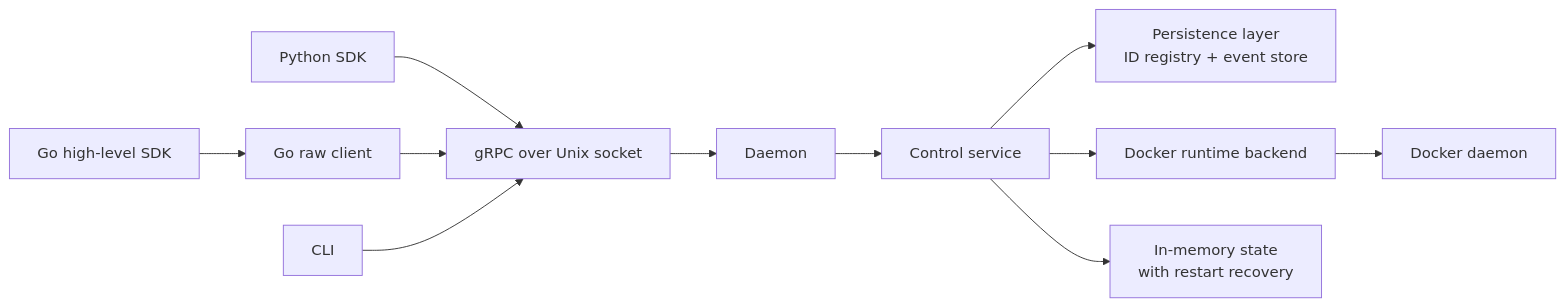
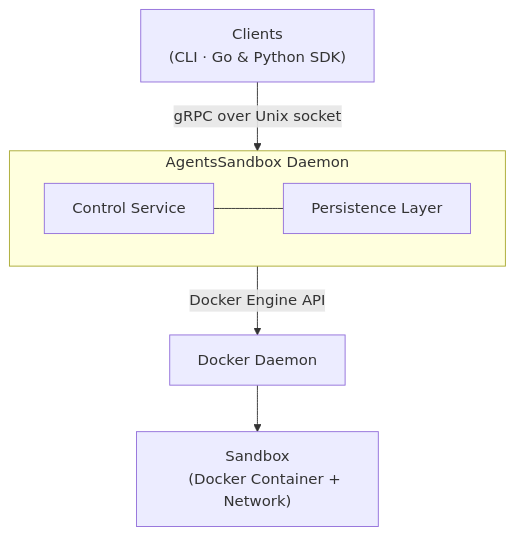
The diagram in docs/architecture_overview.md (1996fanrui/agents-sandbox), drawn with Mermaid before and after one commit. The commit also changed other lines of this file and 3 other files, not shown here.

````diff
--- a/docs/architecture_overview.md
+++ b/docs/architecture_overview.md
@@ -9,13 +7,14 @@
 ```mermaid
-flowchart LR
-    PySDK[Python SDK] --> RPC[gRPC over Unix socket]
-    GoHigh[Go high-level SDK] --> GoRaw[Go raw client]
-    GoRaw --> RPC
-    CLI[CLI] --> RPC
-    RPC --> Daemon[Daemon]
-    Daemon --> Service[Control service]
-    Service --> Persistence[Persistence layer\nID registry + event store]
-    Service --> Runtime[Docker runtime backend]
-    Runtime --> Docker[Docker daemon]
-    Service --> Memory[In-memory state\nwith restart recovery]
+flowchart TB
+    Clients["Clients
+    (CLI · Go & Python SDK)"]
+    Clients -->|gRPC over Unix socket| AgentsSandboxDaemon
+    subgraph AgentsSandboxDaemon["AgentsSandbox Daemon"]
+        Service[Control Service]
+        Persistence[Persistence Layer]
+        Service --- Persistence
+    end
+    AgentsSandboxDaemon -->|Docker Engine API| Docker[Docker Daemon]
+    Docker --> Sandbox["Sandbox
+    (Docker Container + Network)"]
 ```
````
